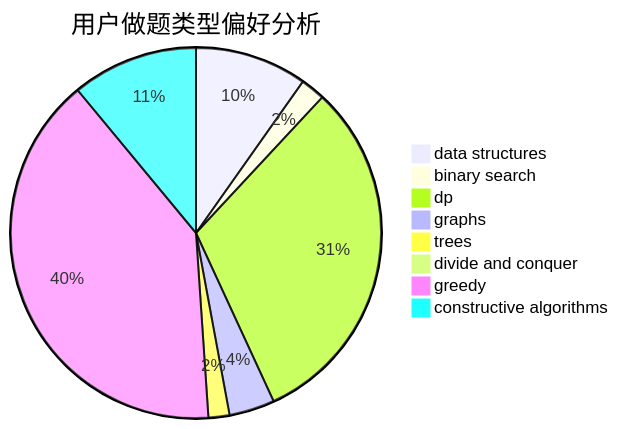
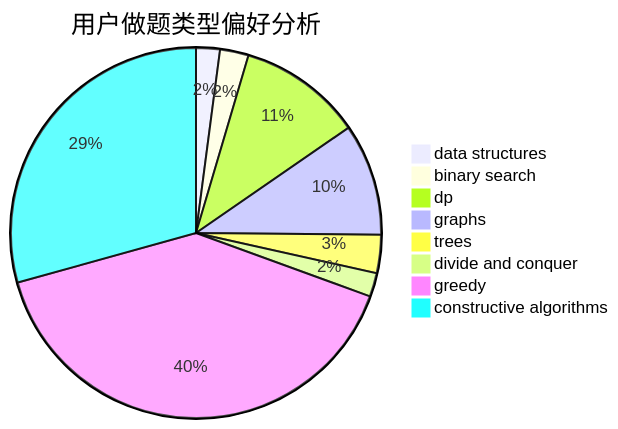
Before and after one commit to sherpahu/cfrs.github.io: the second of 3 diagrams in docs/user/u2084.md, drawn with Mermaid. The commit also changed other lines of this file and 2770 other files, not shown here.

````diff
--- a/docs/user/u2084.md
+++ b/docs/user/u2084.md
@@ -23,11 +23,11 @@
 ```mermaid
 pie title 用户做题类型偏好分析
-    "data structures" :  32
-    "binary search" :  7
-    "dp" :  102
-    "graphs" :  13
-    "trees" :  6
-    "divide and conquer" :  0
-    "greedy" :  131
-    "constructive algorithms" :  36
+    "data structures" :  10
+    "binary search" :  12
+    "dp" :  52
+    "graphs" :  47
+    "trees" :  16
+    "divide and conquer" :  10
+    "greedy" :  193
+    "constructive algorithms" :  141
 ```
````
